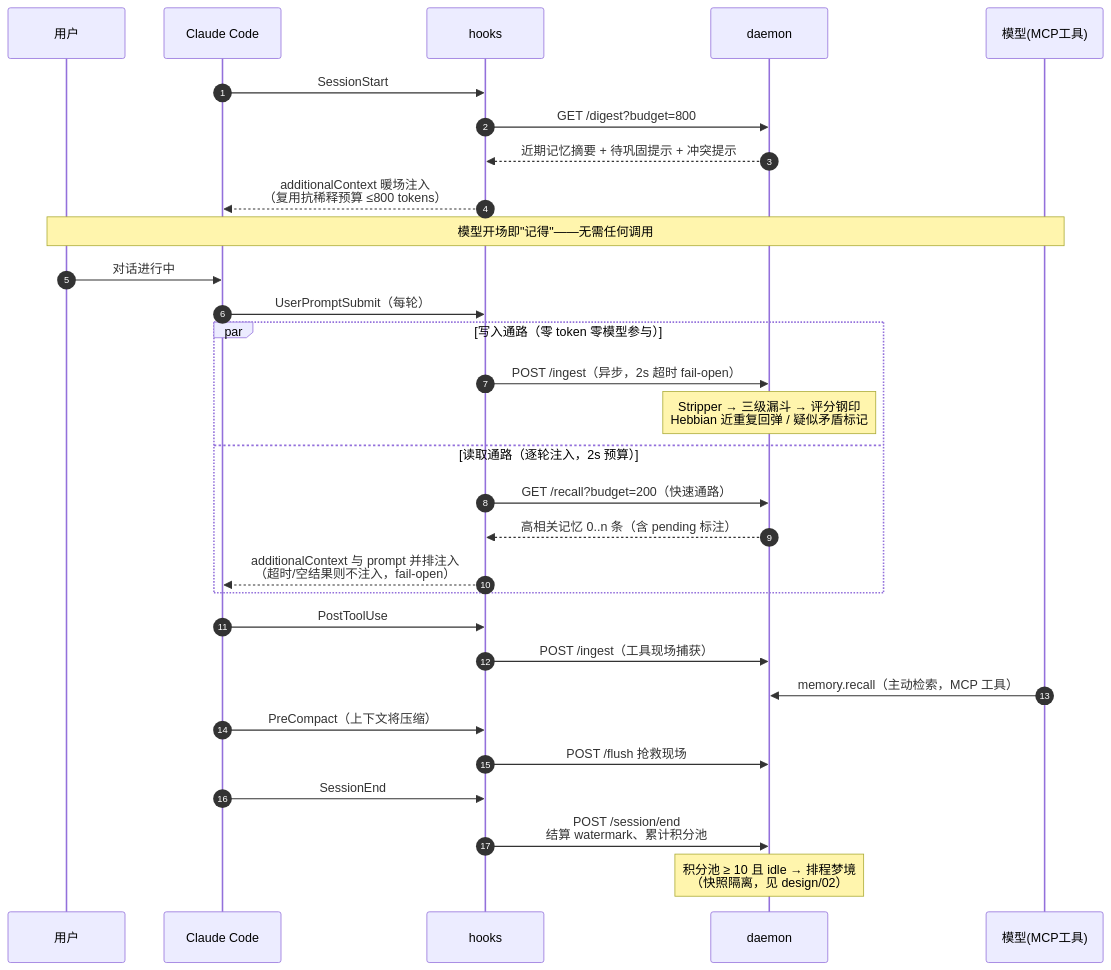
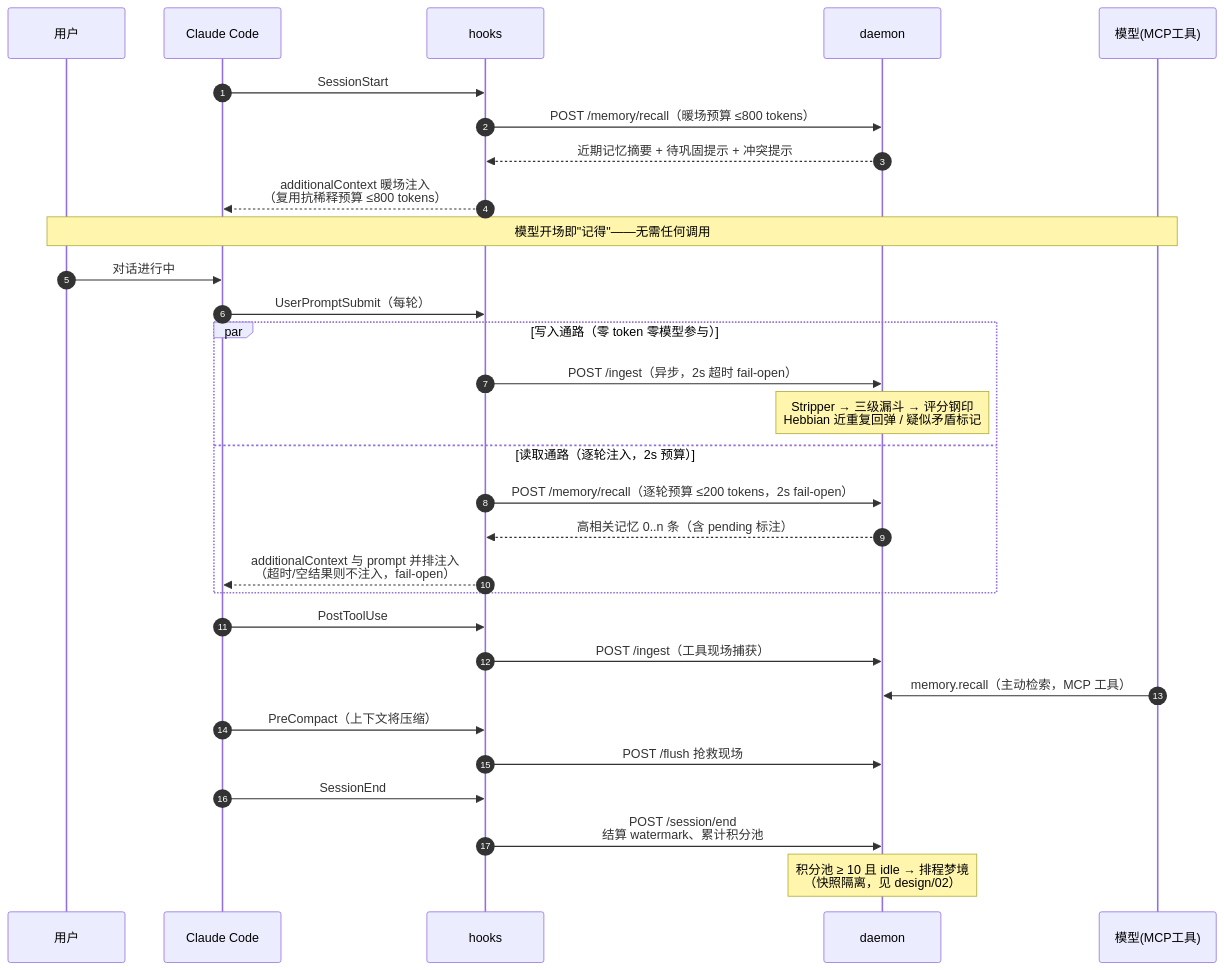
Before and after one commit to MnemoSeed/mnemoseed: the fifth of 5 diagrams in docs/zh/design/06-接入与安装体验.md, drawn with Mermaid. The commit also changed other lines of this file and 18 other files, not shown here.

````diff
--- a/docs/zh/design/06-接入与安装体验.md
+++ b/docs/zh/design/06-接入与安装体验.md
@@ -217,33 +217,33 @@
 ```mermaid
 sequenceDiagram
     autonumber
     participant U as 用户
     participant CC as Claude Code
     participant HK as hooks
     participant D as daemon
     participant M as 模型(MCP工具)
 
     CC->>HK: SessionStart
-    HK->>D: GET /digest?budget=800
+    HK->>D: POST /memory/recall（暖场预算 ≤800 tokens）
     D-->>HK: 近期记忆摘要 + 待巩固提示 + 冲突提示
     HK-->>CC: additionalContext 暖场注入<br/>（复用抗稀释预算 ≤800 tokens）
     Note over U,M: 模型开场即"记得"——无需任何调用
     U->>CC: 对话进行中
     CC->>HK: UserPromptSubmit（每轮）
     par 写入通路（零 token 零模型参与）
         HK->>D: POST /ingest（异步，2s 超时 fail-open）
         Note over D: Stripper → 三级漏斗 → 评分钢印<br/>Hebbian 近重复回弹 / 疑似矛盾标记
     and 读取通路（逐轮注入，2s 预算）
-        HK->>D: GET /recall?budget=200（快速通路）
+        HK->>D: POST /memory/recall（逐轮预算 ≤200 tokens，2s fail-open）
         D-->>HK: 高相关记忆 0..n 条（含 pending 标注）
         HK-->>CC: additionalContext 与 prompt 并排注入<br/>（超时/空结果则不注入，fail-open）
     end
     CC->>HK: PostToolUse
     HK->>D: POST /ingest（工具现场捕获）
     M->>D: memory.recall（主动检索，MCP 工具）
     CC->>HK: PreCompact（上下文将压缩）
     HK->>D: POST /flush 抢救现场
     CC->>HK: SessionEnd
     HK->>D: POST /session/end<br/>结算 watermark、累计积分池
     Note over D: 积分池 ≥ 10 且 idle → 排程梦境<br/>（快照隔离，见 design/02）
 ```
````
